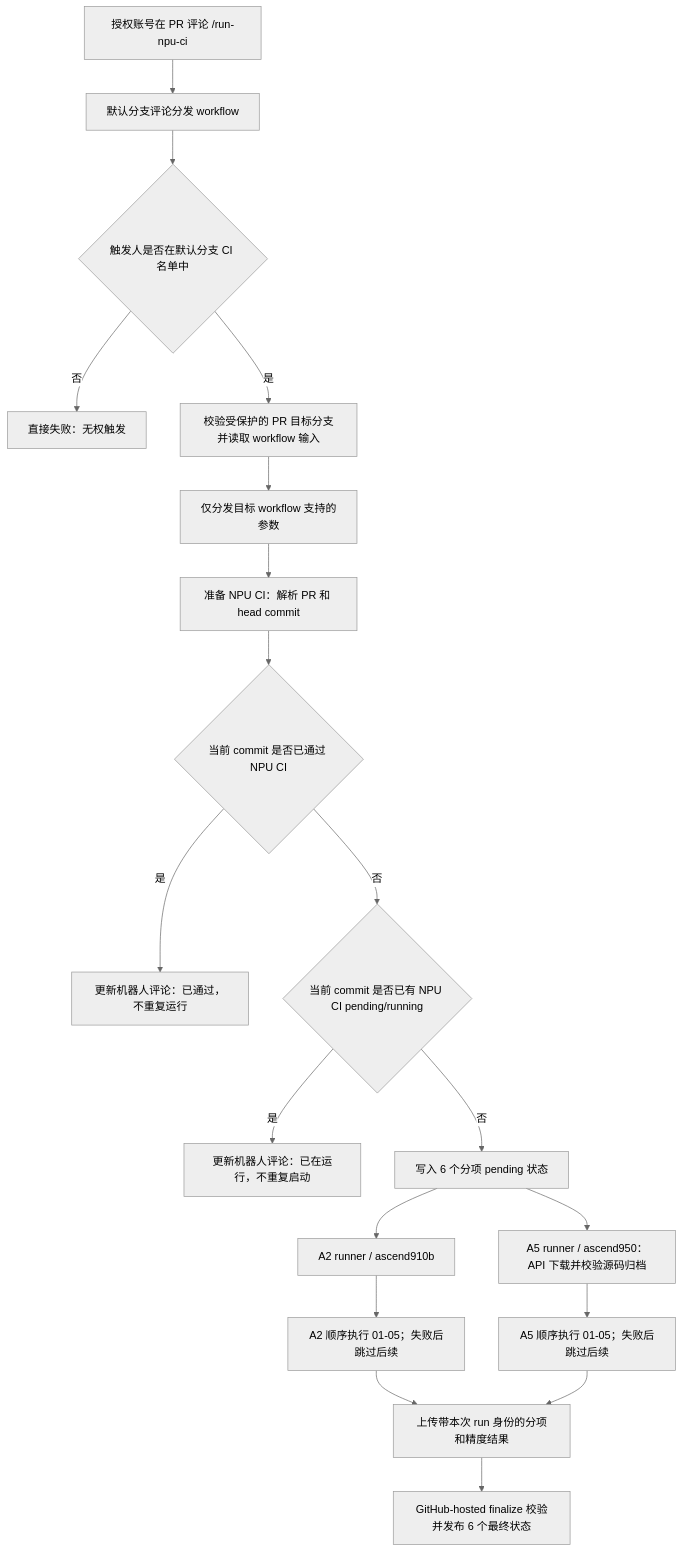
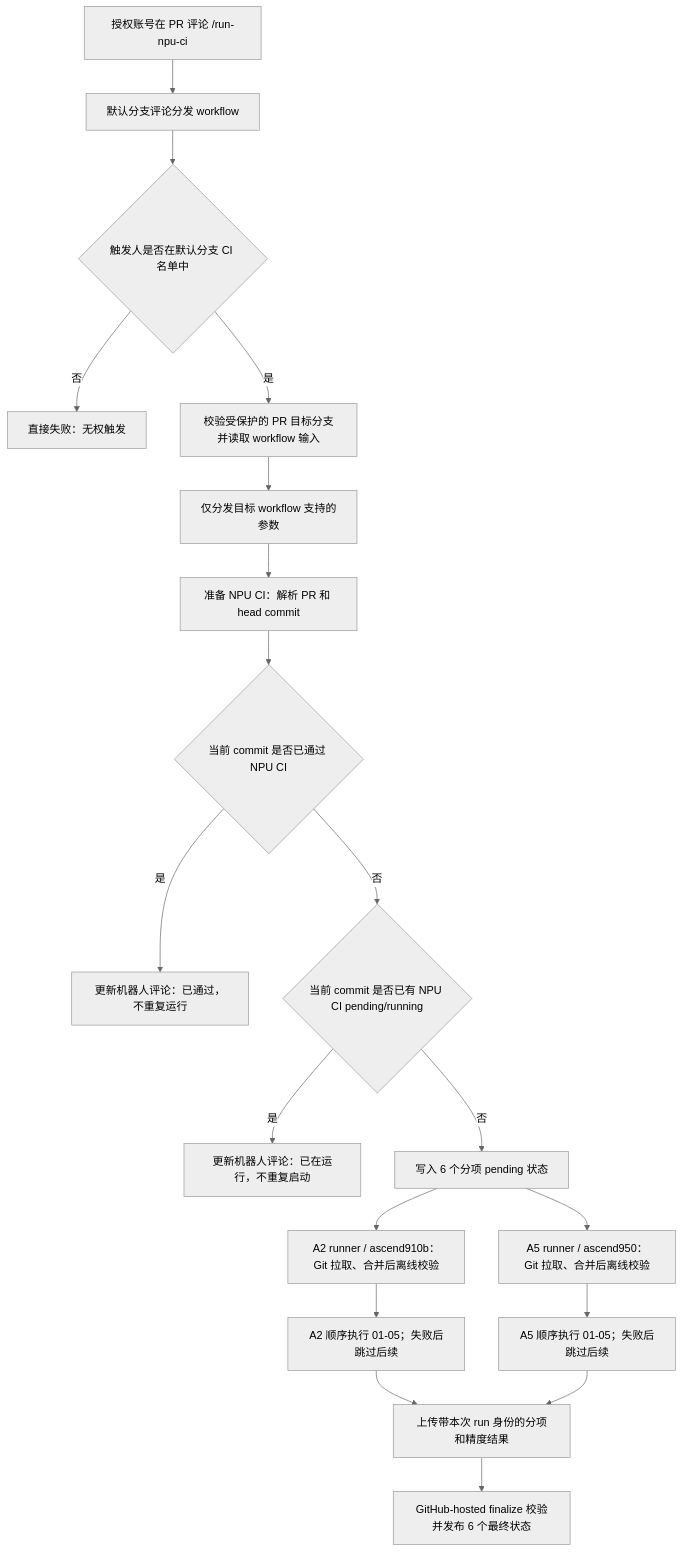
Before and after one commit to flashserve/flash-linear-attention-npu: the second of 4 diagrams in docs/Fla-npu仓CI部署教程.md, drawn with Mermaid (neutral theme). The commit also changed other lines of this file and 6 other files, not shown here.

````diff
--- a/docs/Fla-npu仓CI部署教程.md
+++ b/docs/Fla-npu仓CI部署教程.md
@@ -103,21 +105,21 @@
 ```mermaid
 flowchart TD
     A["授权账号在 PR 评论 /run-npu-ci"] --> B["默认分支评论分发 workflow"]
     B --> C{"触发人是否在默认分支 CI 名单中"}
     C -- "否" --> D["直接失败：无权触发"]
     C -- "是" --> E["校验受保护的 PR 目标分支并读取 workflow 输入"]
     E --> F["仅分发目标 workflow 支持的参数"]
     F --> G["准备 NPU CI：解析 PR 和 head commit"]
     G --> H{"当前 commit 是否已通过 NPU CI"}
     H -- "是" --> I["更新机器人评论：已通过，不重复运行"]
     H -- "否" --> J{"当前 commit 是否已有 NPU CI pending/running"}
     J -- "是" --> K["更新机器人评论：已在运行，不重复启动"]
     J -- "否" --> L["写入 6 个分项 pending 状态"]
-    L --> M["A2 runner / ascend910b"]
-    L --> N["A5 runner / ascend950：API 下载并校验源码归档"]
+    L --> M["A2 runner / ascend910b：Git 拉取、合并后离线校验"]
+    L --> N["A5 runner / ascend950：Git 拉取、合并后离线校验"]
     M --> O["A2 顺序执行 01-05；失败后跳过后续"]
     N --> P["A5 顺序执行 01-05；失败后跳过后续"]
     O --> Q["上传带本次 run 身份的分项和精度结果"]
     P --> Q
     Q --> R["GitHub-hosted finalize 校验并发布 6 个最终状态"]
 ```
````
